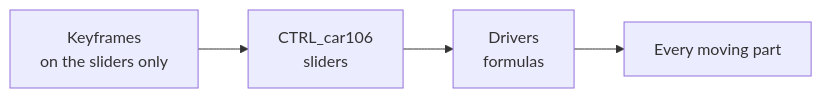
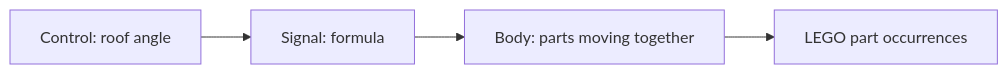
Before and after one commit to anteloc/ldraw-mecha: the second of 2 diagrams in docs/how-it-works.md, drawn with Mermaid. The commit also changed other lines of this file and 13 other files, not shown here.

````diff
--- a/docs/how-it-works.md
+++ b/docs/how-it-works.md
@@ -681,4 +64,6 @@
 ```mermaid
 flowchart LR
-    keys["Keyframes<br/>on the sliders only"] --> ctrl["CTRL_car106<br/>sliders"] --> drv["Drivers<br/>formulas"] --> parts["Every moving part"]
+    control["Control: roof angle"] --> signal["Signal: formula"]
+    signal --> body["Body: parts moving together"]
+    body --> parts["LEGO part occurrences"]
 ```
````
